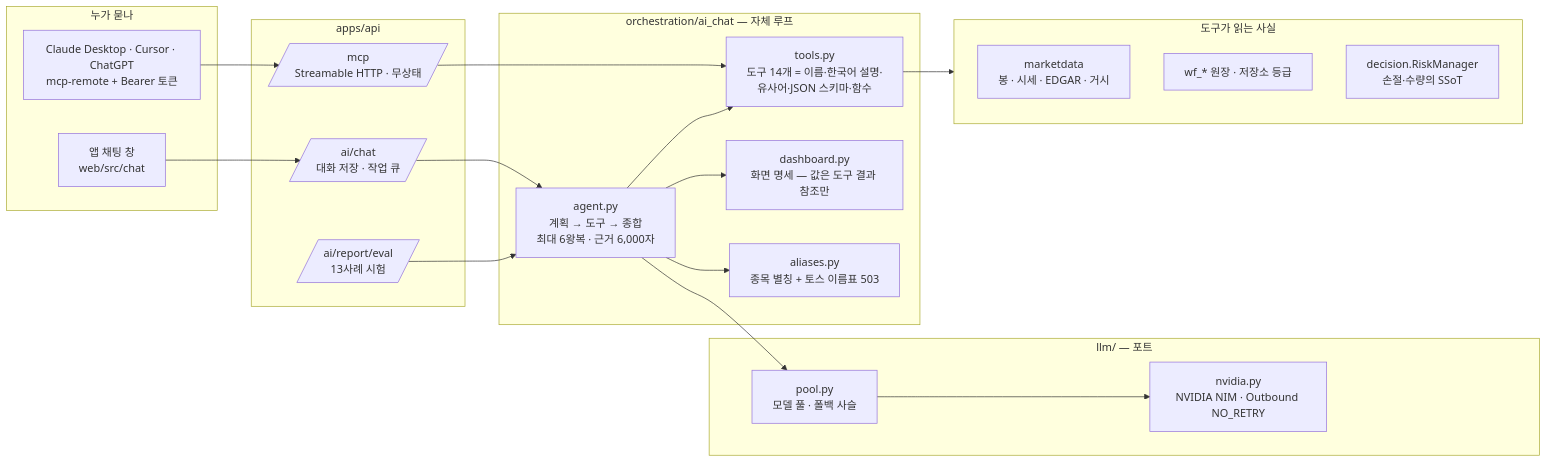
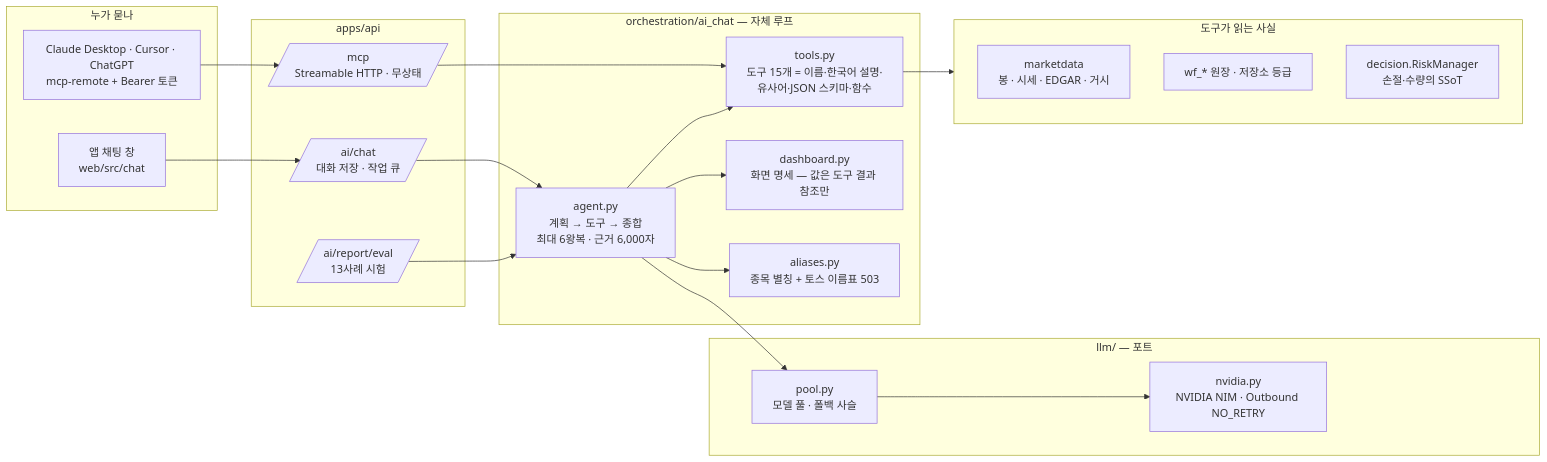
The diagram in docs/architecture/ai_agents_and_mcp.md (ericsj1998/up_and_down_invest_public), drawn with Mermaid before and after one commit. The commit also changed other lines of this file and 10 other files, not shown here.

````diff
--- a/docs/architecture/ai_agents_and_mcp.md
+++ b/docs/architecture/ai_agents_and_mcp.md
@@ -11,34 +11,34 @@
 ```mermaid
 flowchart LR
     subgraph CLIENTS[누가 묻나]
         W[앱 채팅 창<br/>web/src/chat]
         C[Claude Desktop · Cursor · ChatGPT<br/>mcp-remote + Bearer 토큰]
     end
     subgraph API[apps/api]
         CH[/ai/chat<br/>대화 저장 · 작업 큐/]
         MCP[/mcp<br/>Streamable HTTP · 무상태/]
         EV[/ai/report/eval<br/>13사례 시험/]
     end
     subgraph AGENT[orchestration/ai_chat — 자체 루프]
         LOOP[agent.py<br/>계획 → 도구 → 종합<br/>최대 6왕복 · 근거 6,000자]
-        REG[tools.py<br/>도구 14개 = 이름·한국어 설명·유사어·JSON 스키마·함수]
+        REG[tools.py<br/>도구 15개 = 이름·한국어 설명·유사어·JSON 스키마·함수]
         DASH[dashboard.py<br/>화면 명세 — 값은 도구 결과 참조만]
         AL[aliases.py<br/>종목 별칭 + 토스 이름표 503]
     end
     subgraph LLM[llm/ — 포트]
         POOL[pool.py<br/>모델 풀 · 폴백 사슬]
         NV[nvidia.py<br/>NVIDIA NIM · Outbound NO_RETRY]
     end
     subgraph FACTS[도구가 읽는 사실]
         MD[marketdata<br/>봉 · 시세 · EDGAR · 거시]
         LG[wf_* 원장 · 저장소 등급]
         RM[decision.RiskManager<br/>손절·수량의 SSoT]
     end
     W --> CH --> LOOP
     C --> MCP --> REG
     EV --> LOOP
     LOOP --> REG --> FACTS
     LOOP --> DASH
     LOOP --> AL
     LOOP --> POOL --> NV
 ```
````
